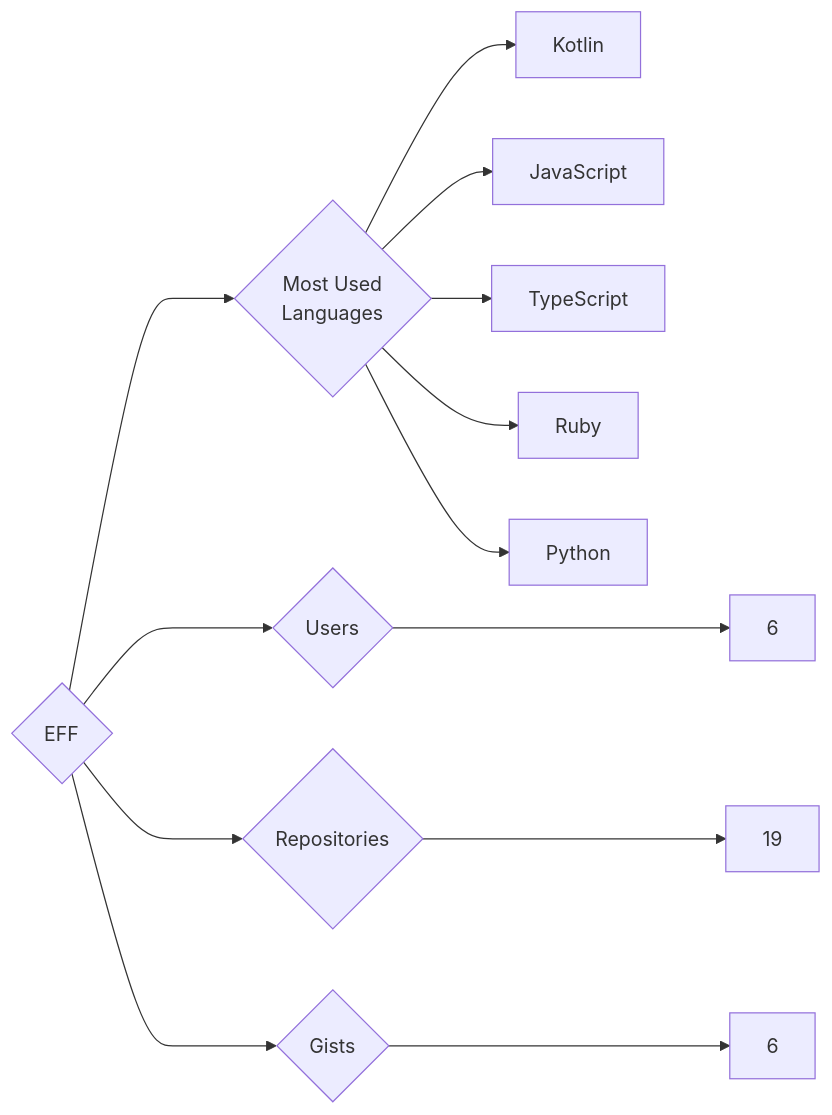
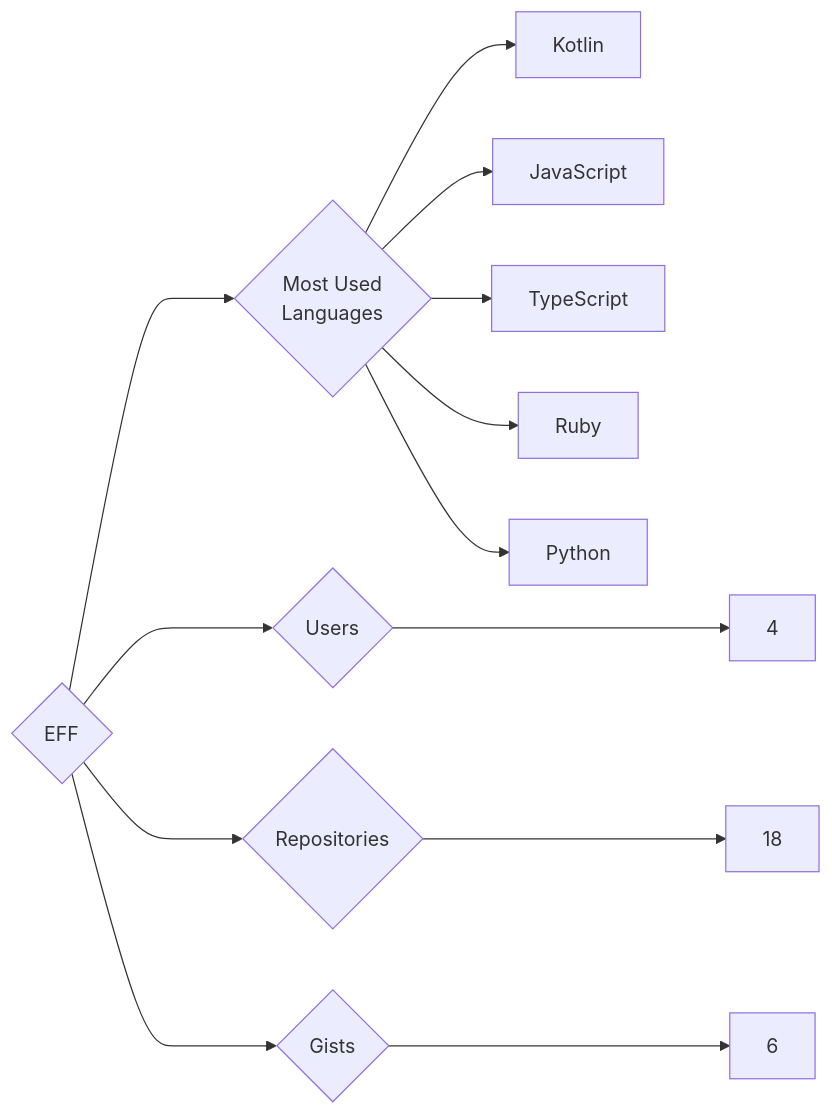
Before and after one commit to trickest/insiders: the diagram in targets/EFF/README.md, drawn with Mermaid. The commit also changed 1055 other files, not shown here.

````diff
--- a/targets/EFF/README.md
+++ b/targets/EFF/README.md
@@ -3,13 +3,13 @@
 ```mermaid
 graph LR
 COMPANY_NAME{EFF}
-COMPANY_NAME ---> U{Users} ---> UN[6]
-COMPANY_NAME ---> R{Repositories} ---> RN[19]
+COMPANY_NAME ---> U{Users} ---> UN[4]
+COMPANY_NAME ---> R{Repositories} ---> RN[18]
 COMPANY_NAME ---> G{Gists} ---> GN[6]
 COMPANY_NAME ---> ML{Most Used<br>Languages}
 ML --> Kotlin[Kotlin]
 ML --> JavaScript[JavaScript]
 ML --> TypeScript[TypeScript]
 ML --> Ruby[Ruby]
 ML --> Python[Python]
 ```
````
